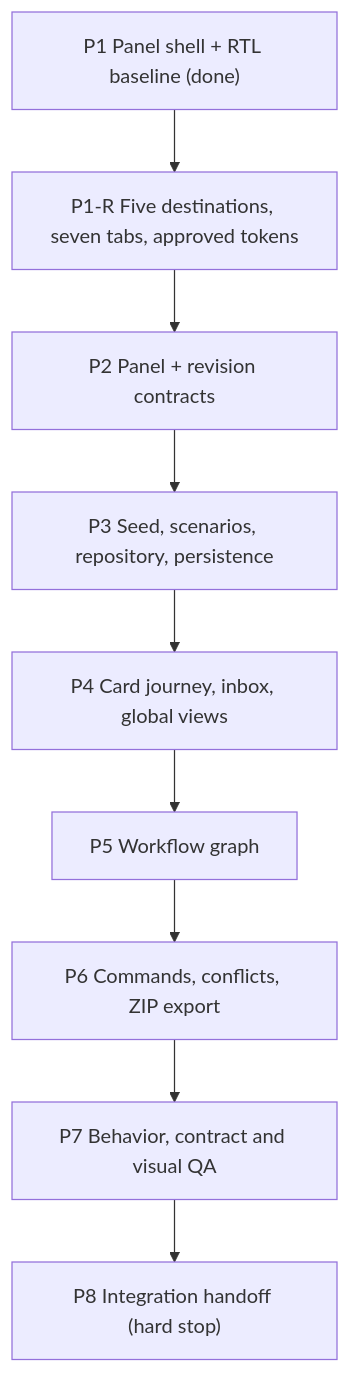
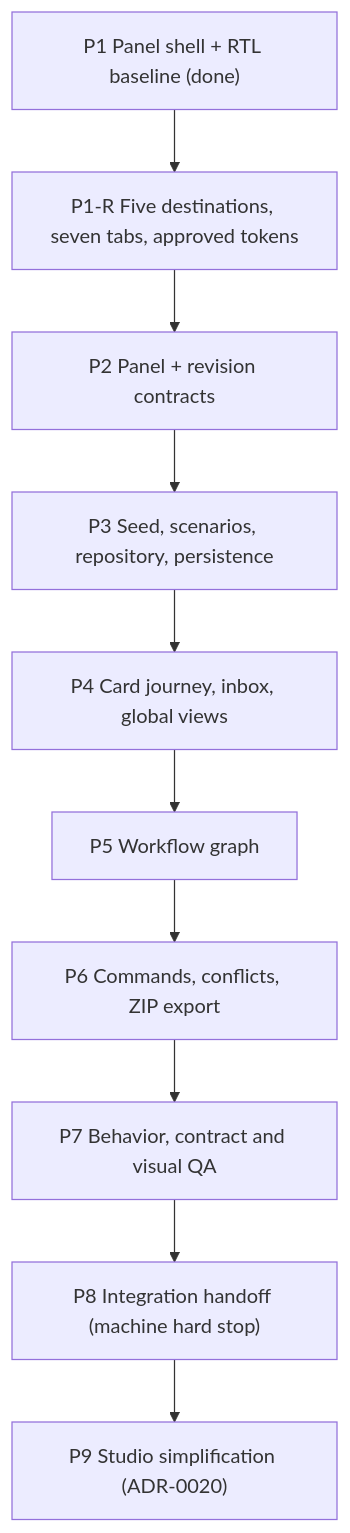
The diagram in docs/tickets/README.md (Nimboflash/final-support-drop), drawn with Mermaid before and after one commit. The commit also changed other lines of this file and 67 other files, not shown here.

````diff
--- a/docs/tickets/README.md
+++ b/docs/tickets/README.md
@@ -66,21 +74,23 @@
 ```mermaid
 graph TD
   P1["P1 Panel shell + RTL baseline (done)"]
   P1R["P1-R Five destinations, seven tabs, approved tokens"]
   P2["P2 Panel + revision contracts"]
   P3["P3 Seed, scenarios, repository, persistence"]
   P4["P4 Card journey, inbox, global views"]
   P5["P5 Workflow graph"]
   P6["P6 Commands, conflicts, ZIP export"]
   P7["P7 Behavior, contract and visual QA"]
-  P8["P8 Integration handoff (hard stop)"]
+  P8["P8 Integration handoff (machine hard stop)"]
+  P9["P9 Studio simplification (ADR-0020)"]
 
   P1 --> P1R
   P1R --> P2
   P2 --> P3
   P3 --> P4
   P4 --> P5
   P5 --> P6
   P6 --> P7
   P7 --> P8
+  P8 --> P9
 ```
````
